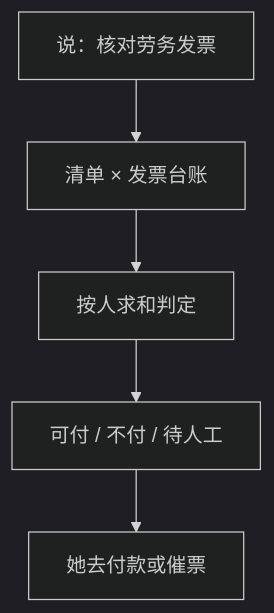
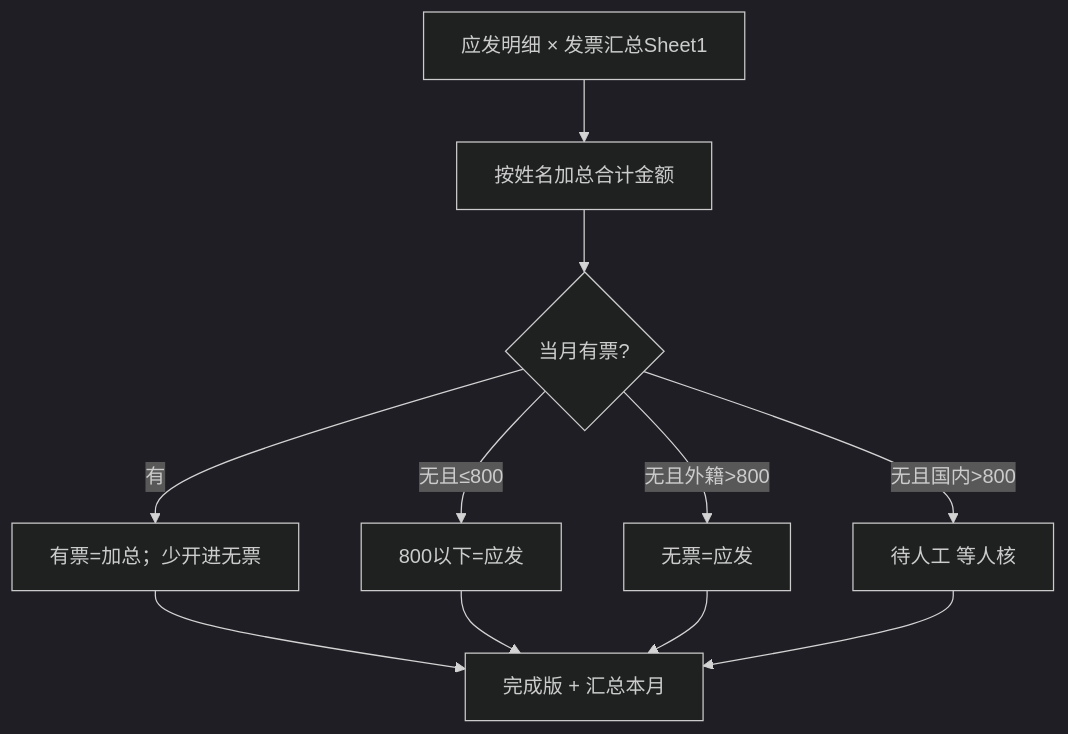
One commit to EvanLee2004/finance-skills changed the diagram in skills/labor-invoice-check/README.md. Above: the diagram before and after it, drawn with Mermaid (dark theme). The commit also changed other lines of this file and 11 other files, not shown here.

````diff
--- a/skills/labor-invoice-check/README.md
+++ b/skills/labor-invoice-check/README.md
@@ -64,7 +34,13 @@
 ```mermaid
 flowchart TD
-  A["说：核对劳务发票"] --> B["清单 × 发票台账"]
-  B --> C["按人求和判定"]
-  C --> D["可付 / 不付 / 待人工"]
-  D --> E["她去付款或催票"]
+  A["应发明细 × 发票汇总Sheet1"] --> B["按姓名加总合计金额"]
+  B --> C{"当月有票?"}
+  C -->|有| D["有票=加总；少开进无票"]
+  C -->|无且≤800| E["800以下=应发"]
+  C -->|无且外籍>800| F["无票=应发"]
+  C -->|无且国内>800| G["待人工 等人核"]
+  D --> H["完成版 + 汇总本月"]
+  E --> H
+  F --> H
+  G --> H
 ```
````
